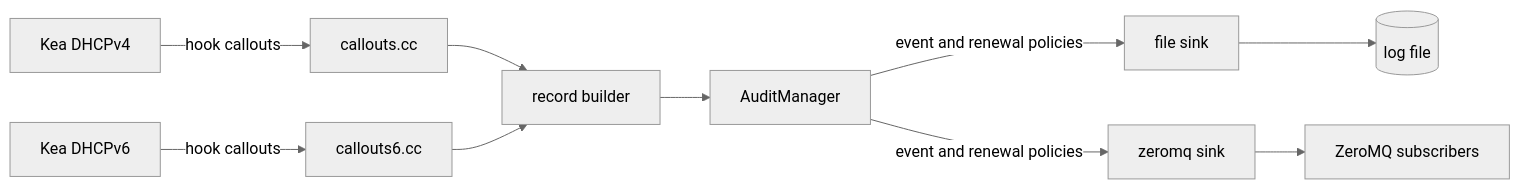
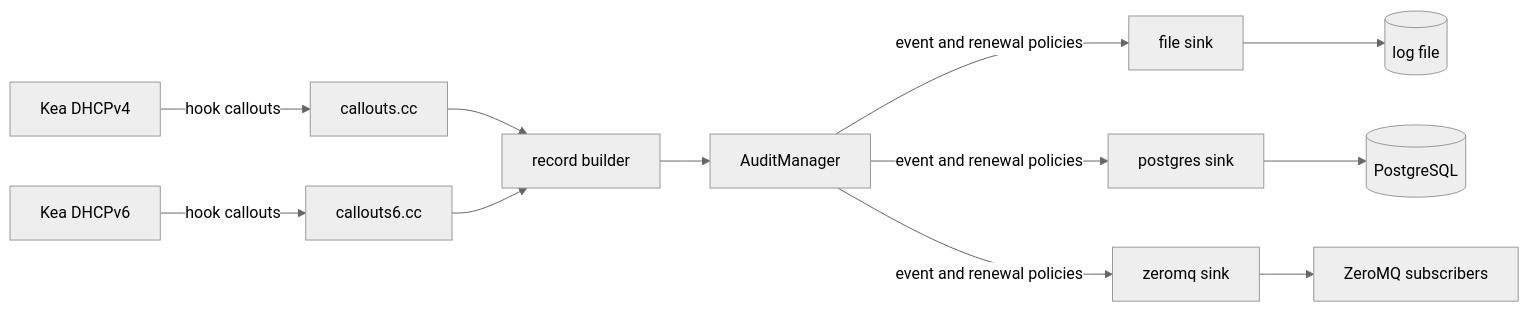
Before and after one commit to solvationab/KeaLogHook: the diagram in README.md, drawn with Mermaid (neutral theme). The commit also changed other lines of this file and 13 other files, not shown here.

First line of the commit message:
Implement PostgreSQL sink for audit records and lease management

````diff
--- a/README.md
+++ b/README.md
@@ -39,12 +40,14 @@
 ```mermaid
 flowchart LR
     K[Kea DHCPv4] -->|hook callouts| C[callouts.cc]
     K6[Kea DHCPv6] -->|hook callouts| C6[callouts6.cc]
     C --> B[record builder]
     C6 --> B
     B --> M[AuditManager]
     M -->|event and renewal policies| S1[file sink]
-    M -->|event and renewal policies| S2[zeromq sink]
+    M -->|event and renewal policies| S2[postgres sink]
+    M -->|event and renewal policies| S3[zeromq sink]
     S1 --> F[(log file)]
-    S2 --> Z[ZeroMQ subscribers]
+    S2 --> P[(PostgreSQL)]
+    S3 --> Z[ZeroMQ subscribers]
 ```
````
